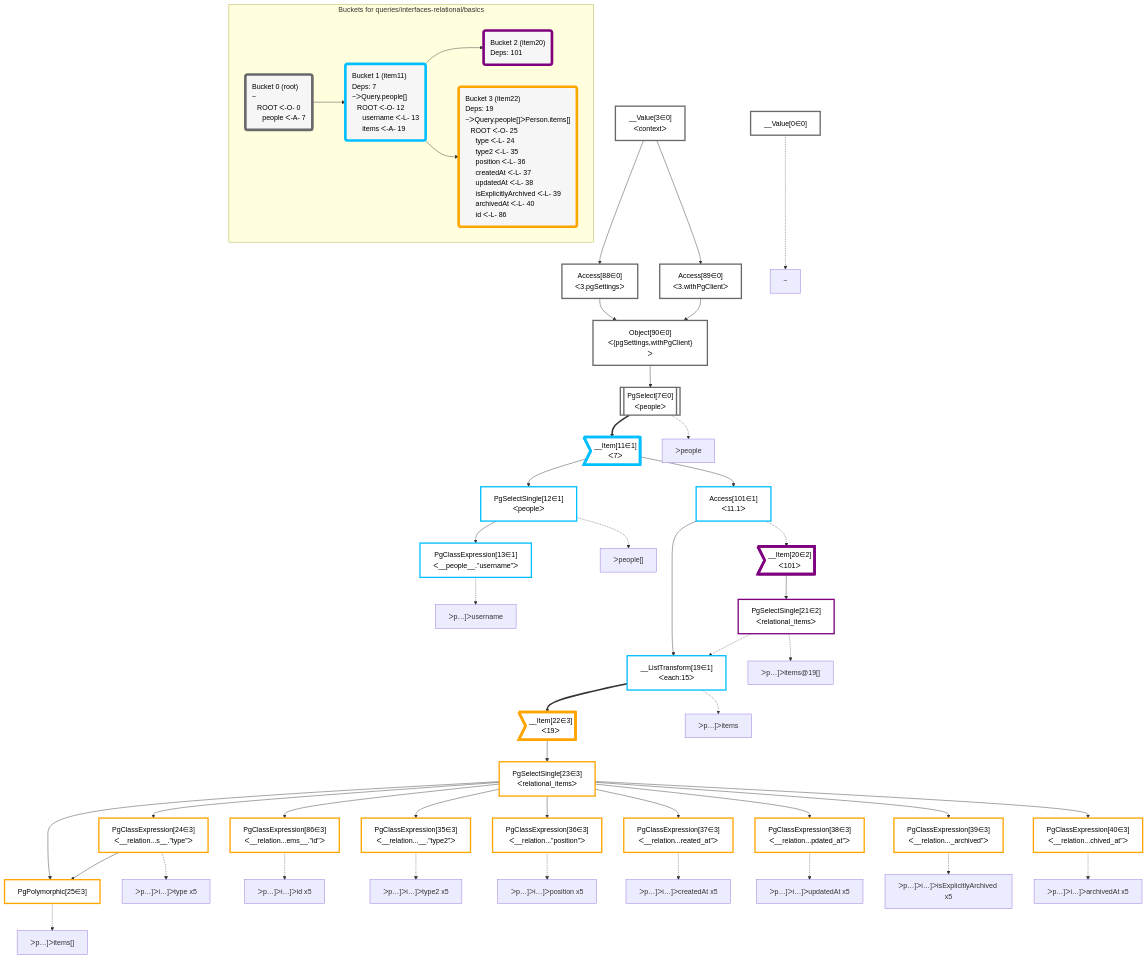
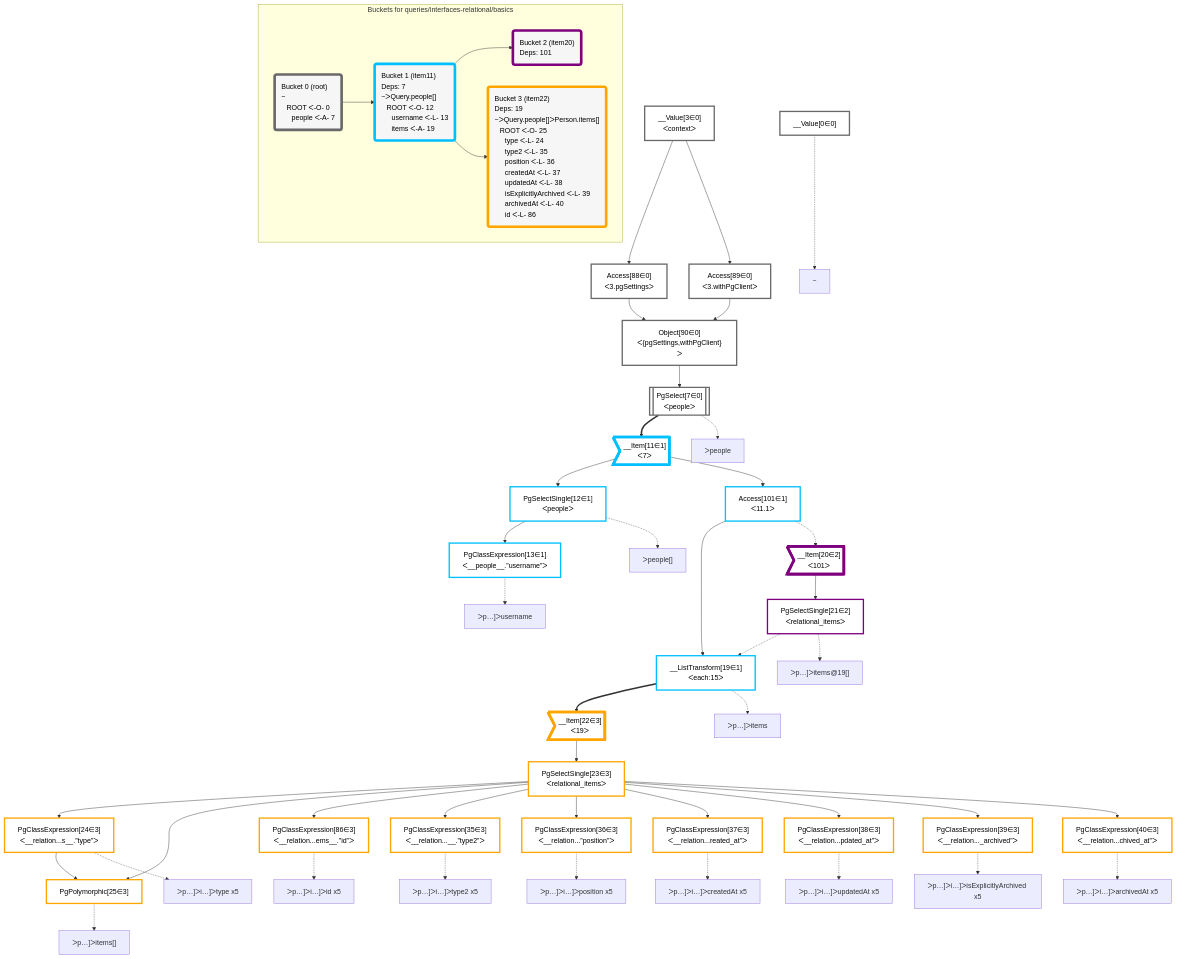
One commit to graphile/crystal changed the diagram in packages/dataplan-pg/__tests__/queries/interfaces-relational/basics.mermaid.md. Above: the diagram before and after it, drawn with Mermaid. The commit also changed other lines of this file and 195 other files, not shown here.

Commit message:
Reorder graphs

```diff
--- a/packages/dataplan-pg/__tests__/queries/interfaces-relational/basics.mermaid.md
+++ b/packages/dataplan-pg/__tests__/queries/interfaces-relational/basics.mermaid.md
@@ -9,10 +9,22 @@
 
     %% define plans
     __Value0["__Value[0∈0]"]:::plan
+    __Value3["__Value[3∈0]<br />ᐸcontextᐳ"]:::plan
+    Access88["Access[88∈0]<br />ᐸ3.pgSettingsᐳ"]:::plan
+    Access89["Access[89∈0]<br />ᐸ3.withPgClientᐳ"]:::plan
+    Object90["Object[90∈0]<br />ᐸ{pgSettings,withPgClient}ᐳ"]:::plan
+    PgSelect7[["PgSelect[7∈0]<br />ᐸpeopleᐳ"]]:::plan
+    __Item11>"__Item[11∈1]<br />ᐸ7ᐳ"]:::itemplan
+    PgSelectSingle12["PgSelectSingle[12∈1]<br />ᐸpeopleᐳ"]:::plan
     PgClassExpression13["PgClassExpression[13∈1]<br />ᐸ__people__.”username”ᐳ"]:::plan
-    PgSelectSingle12["PgSelectSingle[12∈1]<br />ᐸpeopleᐳ"]:::plan
+    Access101["Access[101∈1]<br />ᐸ11.1ᐳ"]:::plan
+    __ListTransform19["__ListTransform[19∈1]<br />ᐸeach:15ᐳ"]:::plan
+    __Item20>"__Item[20∈2]<br />ᐸ101ᐳ"]:::itemplan
+    PgSelectSingle21["PgSelectSingle[21∈2]<br />ᐸrelational_itemsᐳ"]:::plan
+    __Item22>"__Item[22∈3]<br />ᐸ19ᐳ"]:::itemplan
+    PgSelectSingle23["PgSelectSingle[23∈3]<br />ᐸrelational_itemsᐳ"]:::plan
+    PgClassExpression24["PgClassExpression[24∈3]<br />ᐸ__relation...s__.”type”ᐳ"]:::plan
     PgPolymorphic25["PgPolymorphic[25∈3]"]:::plan
-    PgClassExpression24["PgClassExpression[24∈3]<br />ᐸ__relation...s__.”type”ᐳ"]:::plan
     PgClassExpression86["PgClassExpression[86∈3]<br />ᐸ__relation...ems__.”id”ᐳ"]:::plan
     PgClassExpression35["PgClassExpression[35∈3]<br />ᐸ__relation...__.”type2”ᐳ"]:::plan
     PgClassExpression36["PgClassExpression[36∈3]<br />ᐸ__relation...”position”ᐳ"]:::plan
@@ -20,24 +32,24 @@
     PgClassExpression38["PgClassExpression[38∈3]<br />ᐸ__relation...pdated_at”ᐳ"]:::plan
     PgClassExpression39["PgClassExpression[39∈3]<br />ᐸ__relation..._archived”ᐳ"]:::plan
     PgClassExpression40["PgClassExpression[40∈3]<br />ᐸ__relation...chived_at”ᐳ"]:::plan
-    PgSelectSingle23["PgSelectSingle[23∈3]<br />ᐸrelational_itemsᐳ"]:::plan
-    __Item22>"__Item[22∈3]<br />ᐸ19ᐳ"]:::itemplan
-    __ListTransform19["__ListTransform[19∈1]<br />ᐸeach:15ᐳ"]:::plan
-    PgSelectSingle21["PgSelectSingle[21∈2]<br />ᐸrelational_itemsᐳ"]:::plan
-    __Item20>"__Item[20∈2]<br />ᐸ101ᐳ"]:::itemplan
-    Access101["Access[101∈1]<br />ᐸ11.1ᐳ"]:::plan
-    __Item11>"__Item[11∈1]<br />ᐸ7ᐳ"]:::itemplan
-    PgSelect7[["PgSelect[7∈0]<br />ᐸpeopleᐳ"]]:::plan
-    Object90["Object[90∈0]<br />ᐸ{pgSettings,withPgClient}ᐳ"]:::plan
-    Access88["Access[88∈0]<br />ᐸ3.pgSettingsᐳ"]:::plan
-    Access89["Access[89∈0]<br />ᐸ3.withPgClientᐳ"]:::plan
-    __Value3["__Value[3∈0]<br />ᐸcontextᐳ"]:::plan
 
     %% plan dependencies
+    __Value3 --> Access88
+    __Value3 --> Access89
+    Access88 & Access89 --> Object90
+    Object90 --> PgSelect7
+    PgSelect7 ==> __Item11
+    __Item11 --> PgSelectSingle12
     PgSelectSingle12 --> PgClassExpression13
-    __Item11 --> PgSelectSingle12
+    __Item11 --> Access101
+    Access101 --> __ListTransform19
+    PgSelectSingle21 -.-> __ListTransform19
+    Access101 -.-> __Item20
+    __Item20 --> PgSelectSingle21
+    __ListTransform19 ==> __Item22
+    __Item22 --> PgSelectSingle23
+    PgSelectSingle23 --> PgClassExpression24
     PgSelectSingle23 & PgClassExpression24 --> PgPolymorphic25
-    PgSelectSingle23 --> PgClassExpression24
     PgSelectSingle23 --> PgClassExpression86
     PgSelectSingle23 --> PgClassExpression35
     PgSelectSingle23 --> PgClassExpression36
@@ -45,18 +57,6 @@
     PgSelectSingle23 --> PgClassExpression38
     PgSelectSingle23 --> PgClassExpression39
     PgSelectSingle23 --> PgClassExpression40
-    __Item22 --> PgSelectSingle23
-    __ListTransform19 ==> __Item22
-    Access101 --> __ListTransform19
-    PgSelectSingle21 -.-> __ListTransform19
-    __Item20 --> PgSelectSingle21
-    Access101 -.-> __Item20
-    __Item11 --> Access101
-    PgSelect7 ==> __Item11
-    Object90 --> PgSelect7
-    Access88 & Access89 --> Object90
-    __Value3 --> Access88
-    __Value3 --> Access89
 
     %% plan-to-path relationships
     P0["~"]
```
